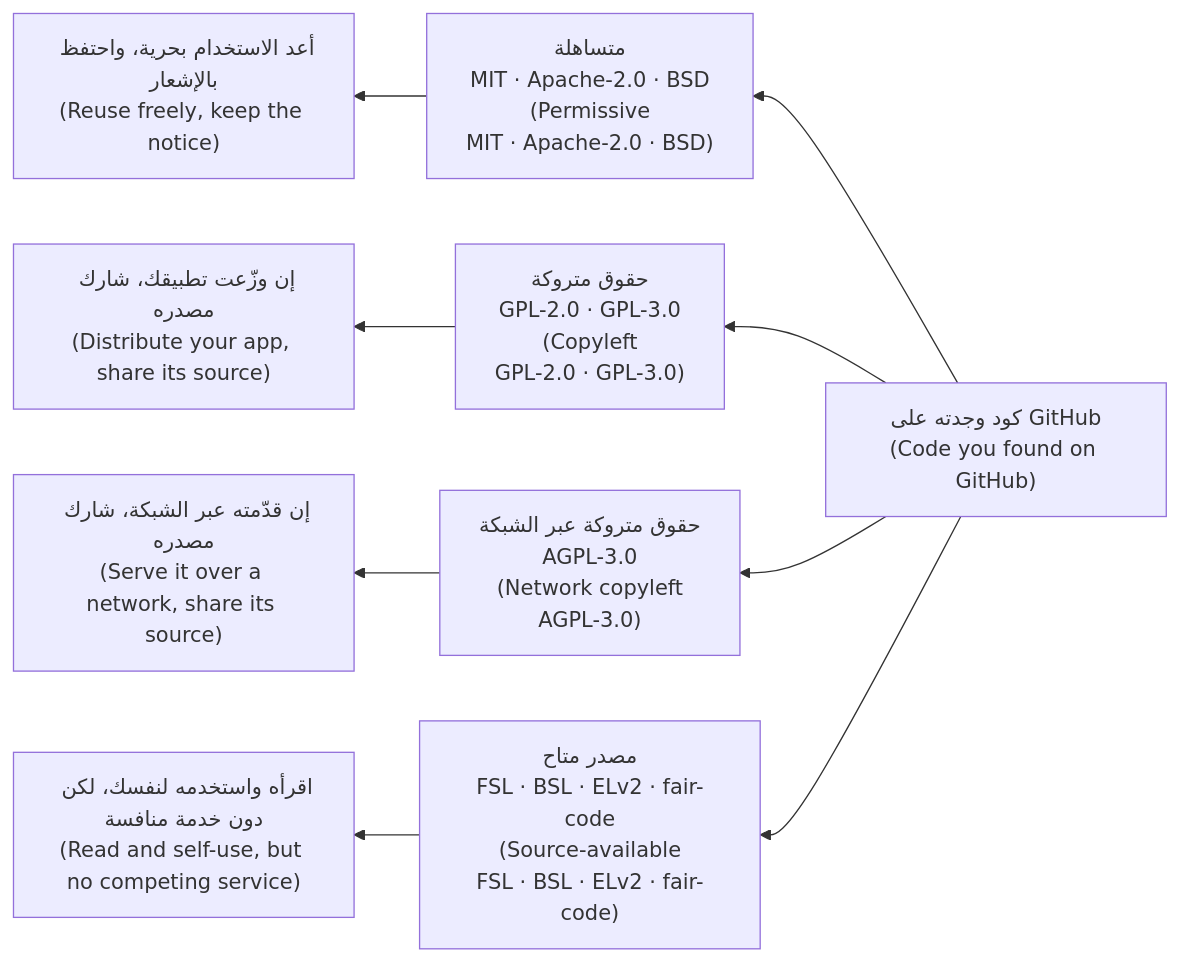
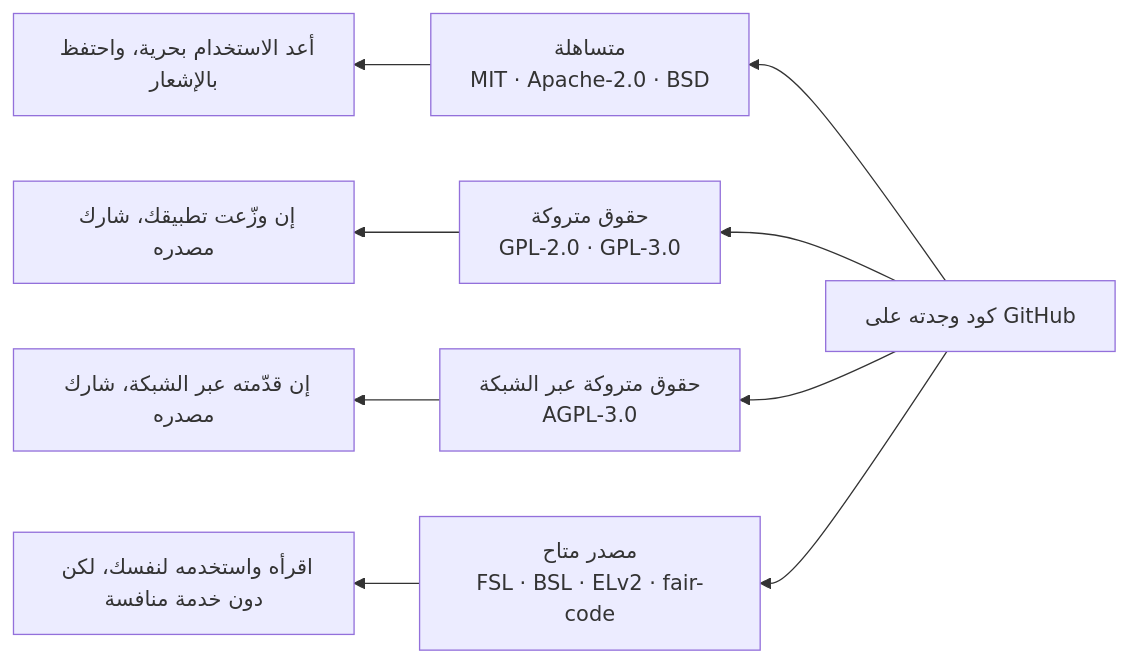
The fourth of 4 diagrams in saas/modules/00-orientation.ar.md (Tamoura/system-design-for-vibe-coders), drawn with Mermaid before and after one commit. The commit also changed other lines of this file and 551 other files, not shown here.

````diff
--- a/saas/modules/00-orientation.ar.md
+++ b/saas/modules/00-orientation.ar.md
@@ -636,11 +636,11 @@
 ```mermaid
 flowchart RL
-    CODE["كود وجدته على GitHub<br/>(Code you found on GitHub)"] --> PERM["متساهلة<br/>MIT · Apache-2.0 · BSD<br/>(Permissive<br/>MIT · Apache-2.0 · BSD)"]
-    CODE --> COPY["حقوق متروكة<br/>GPL-2.0 · GPL-3.0<br/>(Copyleft<br/>GPL-2.0 · GPL-3.0)"]
-    CODE --> NET["حقوق متروكة عبر الشبكة<br/>AGPL-3.0<br/>(Network copyleft<br/>AGPL-3.0)"]
-    CODE --> SA["مصدر متاح<br/>FSL · BSL · ELv2 · fair-code<br/>(Source-available<br/>FSL · BSL · ELv2 · fair-code)"]
-    PERM --> P1["أعد الاستخدام بحرية، واحتفظ بالإشعار<br/>(Reuse freely, keep the notice)"]
-    COPY --> C1["إن وزّعت تطبيقك، شارك مصدره<br/>(Distribute your app, share its source)"]
-    NET --> N1["إن قدّمته عبر الشبكة، شارك مصدره<br/>(Serve it over a network, share its source)"]
-    SA --> S1["اقرأه واستخدمه لنفسك، لكن دون خدمة منافسة<br/>(Read and self-use, but no competing service)"]
+    CODE["كود وجدته على GitHub"] --> PERM["متساهلة<br/>MIT · Apache-2.0 · BSD"]
+    CODE --> COPY["حقوق متروكة<br/>GPL-2.0 · GPL-3.0"]
+    CODE --> NET["حقوق متروكة عبر الشبكة<br/>AGPL-3.0"]
+    CODE --> SA["مصدر متاح<br/>FSL · BSL · ELv2 · fair-code"]
+    PERM --> P1["أعد الاستخدام بحرية، واحتفظ بالإشعار"]
+    COPY --> C1["إن وزّعت تطبيقك، شارك مصدره"]
+    NET --> N1["إن قدّمته عبر الشبكة، شارك مصدره"]
+    SA --> S1["اقرأه واستخدمه لنفسك، لكن دون خدمة منافسة"]
 ```
````
